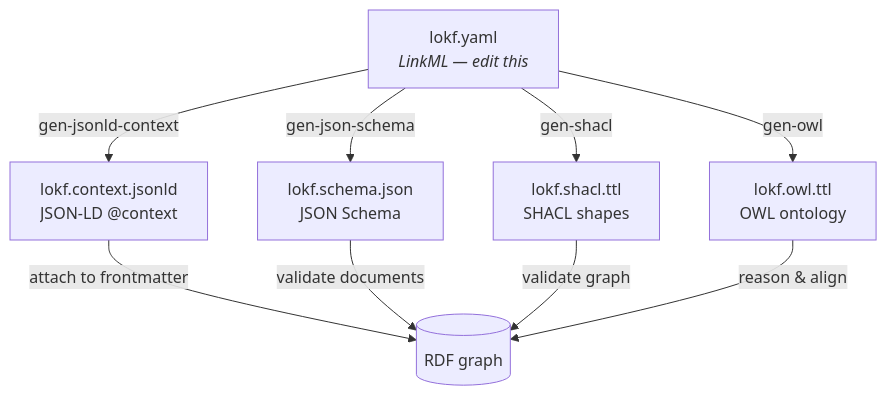
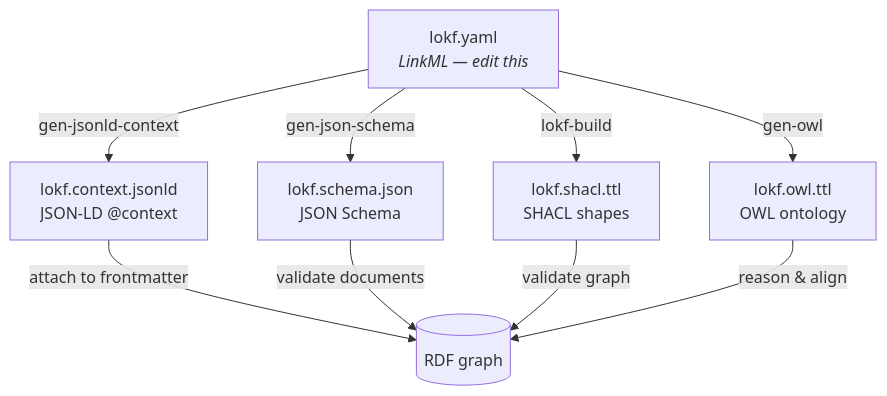
Before and after one commit to nicholsn/lokf: the diagram in web/src/content/docs/reference/artifacts.mdx, drawn with Mermaid. The commit also changed other lines of this file and 23 other files, not shown here.

Commit message:
Document navigation views, schema browsing and scaffold workflows for 0.11.0

````diff
--- a/web/src/content/docs/reference/artifacts.mdx
+++ b/web/src/content/docs/reference/artifacts.mdx
@@ -13,12 +13,12 @@
 ```mermaid
 flowchart TD
     Y["lokf.yaml<br/><em>LinkML — edit this</em>"]
     Y -- gen-jsonld-context --> C["lokf.context.jsonld<br/>JSON-LD @context"]
     Y -- gen-json-schema --> J["lokf.schema.json<br/>JSON Schema"]
-    Y -- gen-shacl --> S["lokf.shacl.ttl<br/>SHACL shapes"]
+    Y -- lokf-build --> S["lokf.shacl.ttl<br/>SHACL shapes"]
     Y -- gen-owl --> O["lokf.owl.ttl<br/>OWL ontology"]
     C -- "attach to frontmatter" --> R[("RDF graph")]
     J -- "validate documents" --> R
     S -- "validate graph" --> R
     O -- "reason & align" --> R
 ```
````
